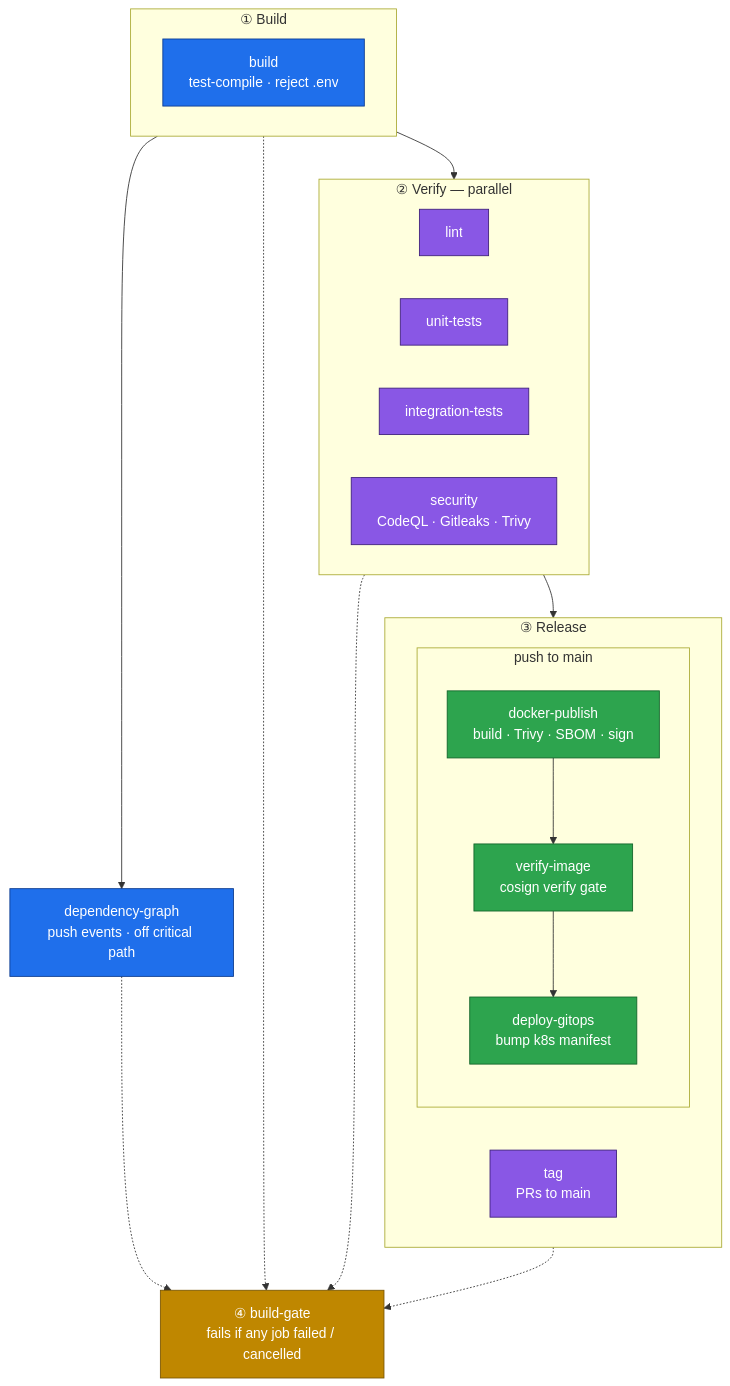
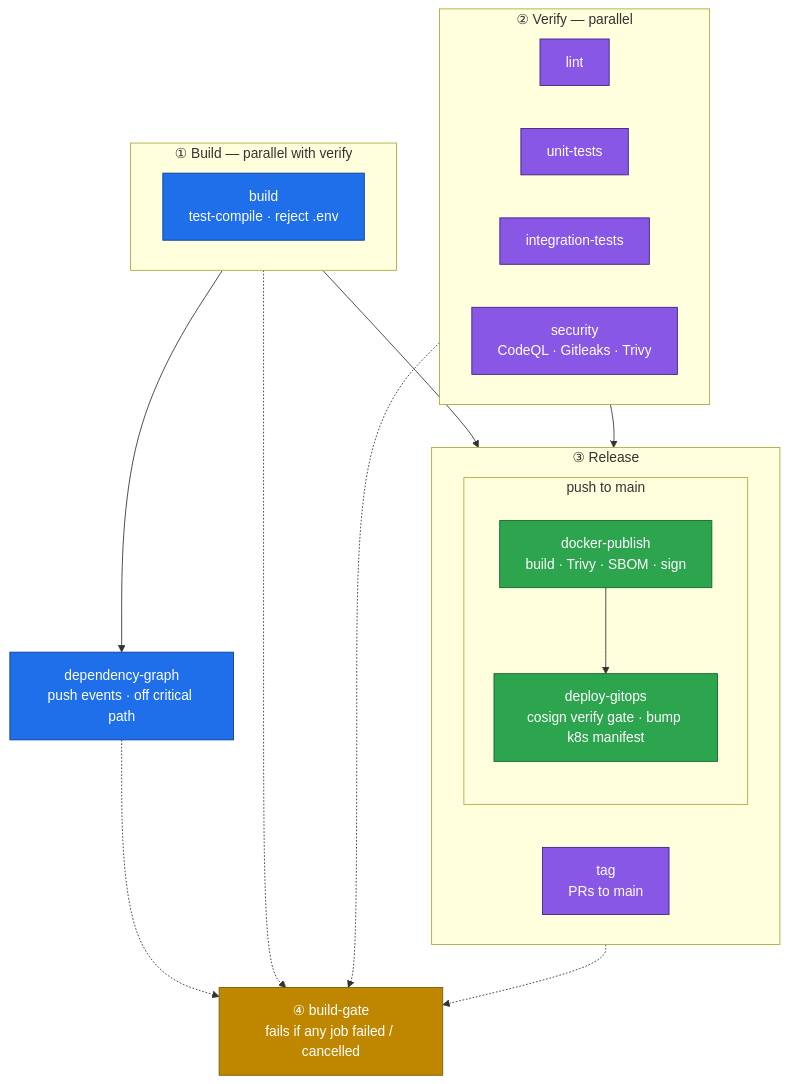
The diagram in README.md (Bigorno12/ci-cd-templates), drawn with Mermaid before and after one commit. The commit also changed other lines of this file and 12 other files, not shown here.

````diff
--- a/README.md
+++ b/README.md
@@ -53,48 +53,47 @@
 ```mermaid
 flowchart TD
-    subgraph s1["① Build"]
+    subgraph s1["① Build — parallel with verify"]
         B["build<br/>test-compile · reject .env"]
     end
 
     DG["dependency-graph<br/>push events · off critical path"]
 
     subgraph s2["② Verify — parallel"]
         direction LR
         L["lint"]
         U["unit-tests"]
         I["integration-tests"]
         SEC["security<br/>CodeQL · Gitleaks · Trivy"]
     end
 
     subgraph s3["③ Release"]
         direction LR
         T["tag<br/>PRs to main"]
         subgraph s3b["push to main"]
             direction TB
             D["docker-publish<br/>build · Trivy · SBOM · sign"]
-            V["verify-image<br/>cosign verify gate"]
-            G["deploy-gitops<br/>bump k8s manifest"]
-            D --> V --> G
+            G["deploy-gitops<br/>cosign verify gate · bump k8s manifest"]
+            D --> G
         end
     end
 
     GATE["④ build-gate<br/>fails if any job failed / cancelled"]
 
-    s1 --> s2
     s1 --> DG
+    s1 --> s3
     s2 --> s3
     s1 -.-> GATE
     DG -.-> GATE
     s2 -.-> GATE
     s3 -.-> GATE
 
     classDef build  fill:#1f6feb,stroke:#0b3a8f,color:#fff;
     classDef verify fill:#8957e5,stroke:#3d1f7a,color:#fff;
     classDef supply fill:#2da44e,stroke:#116329,color:#fff;
     classDef gate   fill:#bf8700,stroke:#7a5600,color:#fff;
 
     class B,DG build;
     class L,U,I,SEC,T verify;
-    class D,V,G supply;
+    class D,G supply;
     class GATE gate;
 ```
````
